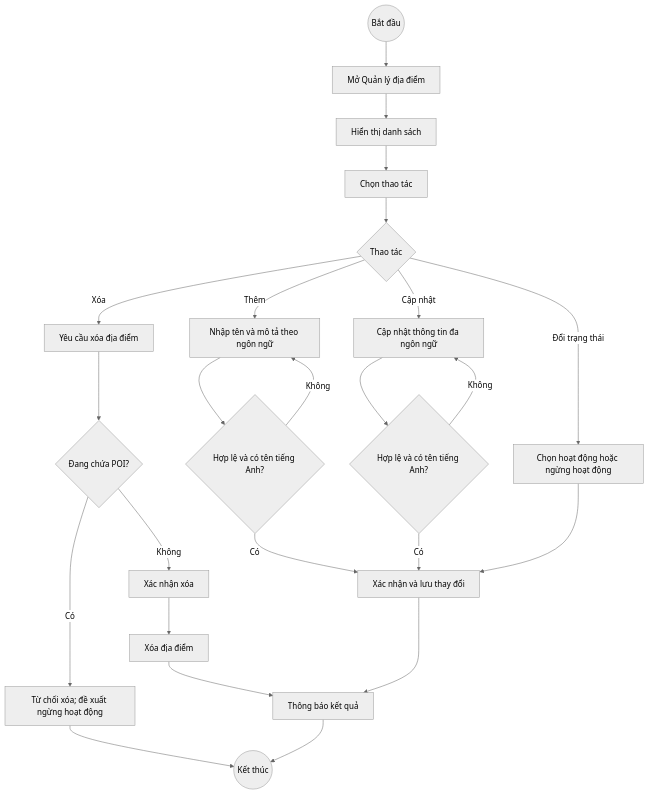
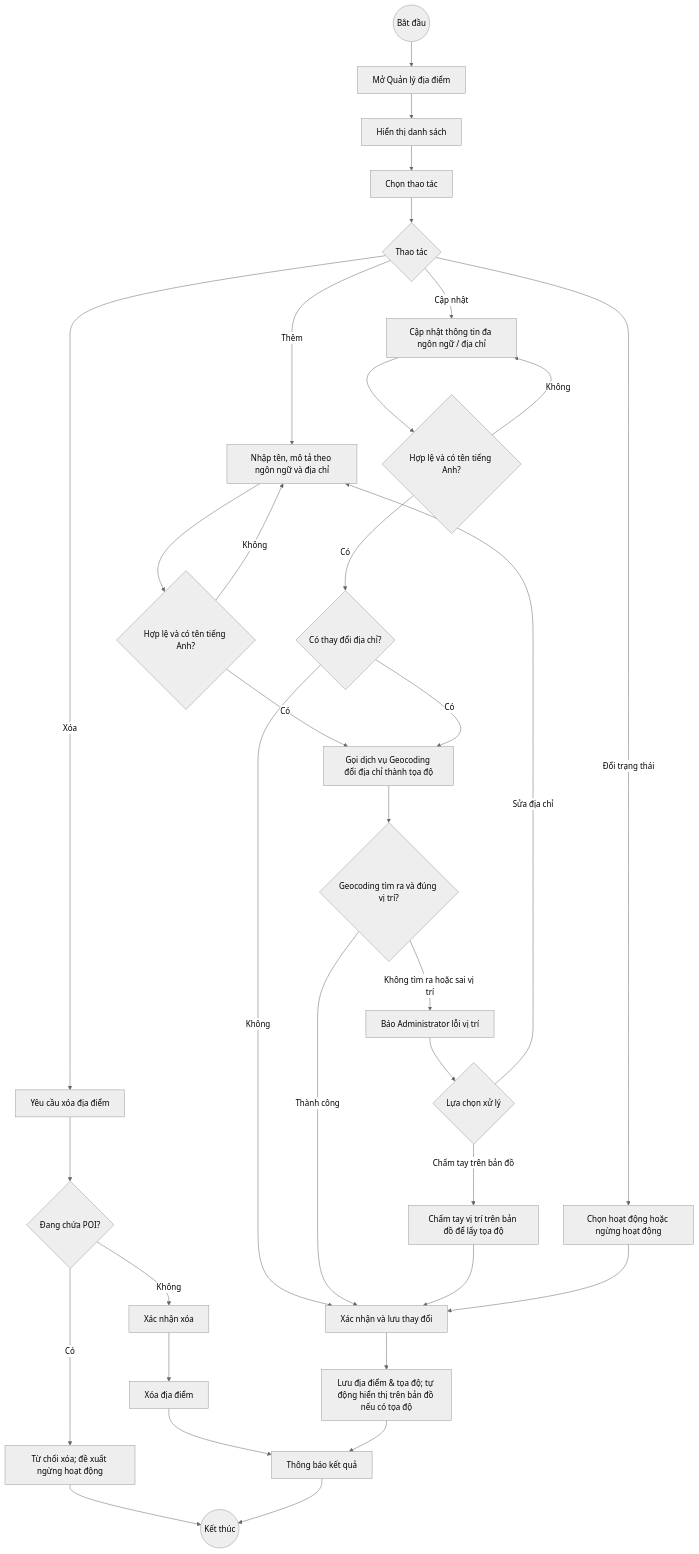
Before and after one commit to Ren4g/Seminar: the seventh of 35 diagrams in docs/03_activity_diagram.md, drawn with Mermaid (neutral theme). The commit also changed other lines of this file and 12 other files, not shown here.

````diff
--- a/docs/03_activity_diagram.md
+++ b/docs/03_activity_diagram.md
@@ -145,23 +145,31 @@
 ```mermaid
 flowchart TD
  S((Bắt đầu)) --> A[Mở Quản lý địa điểm]
  A --> B[Hiển thị danh sách]
  B --> C[Chọn thao tác]
  C --> D{Thao tác}
- D -- Thêm --> E[Nhập tên và mô tả theo ngôn ngữ]
- D -- Cập nhật --> F[Cập nhật thông tin đa ngôn ngữ]
+ D -- Thêm --> E[Nhập tên, mô tả theo ngôn ngữ và địa chỉ]
+ D -- Cập nhật --> F[Cập nhật thông tin đa ngôn ngữ / địa chỉ]
  D -- Đổi trạng thái --> H[Chọn hoạt động hoặc ngừng hoạt động]
  D -- Xóa --> G[Yêu cầu xóa địa điểm]
  E --> I{Hợp lệ và có tên tiếng Anh?}
  I -- Không --> E
- I -- Có --> Q[Xác nhận và lưu thay đổi]
+ I -- Có --> GC[Gọi dịch vụ Geocoding đổi địa chỉ thành tọa độ]
  F --> I2{Hợp lệ và có tên tiếng Anh?}
  I2 -- Không --> F
- I2 -- Có --> Q
+ I2 -- Có --> CHK_ADDR{Có thay đổi địa chỉ?}
+ CHK_ADDR -- Có --> GC
+ CHK_ADDR -- Không --> Q[Xác nhận và lưu thay đổi]
+ GC --> RES{Geocoding tìm ra và đúng vị trí?}
+ RES -- Thành công --> Q
+ RES -- Không tìm ra hoặc sai vị trí --> WARN[Báo Administrator lỗi vị trí]
+ WARN --> FIX{Lựa chọn xử lý}
+ FIX -- Sửa địa chỉ --> E
+ FIX -- Chấm tay trên bản đồ --> PIN[Chấm tay vị trí trên bản đồ để lấy tọa độ] --> Q
  H --> Q
  G --> J{Đang chứa POI?}
  J -- Có --> K[Từ chối xóa; đề xuất ngừng hoạt động] --> Z((Kết thúc))
  J -- Không --> L[Xác nhận xóa] --> M[Xóa địa điểm] --> N[Thông báo kết quả]
- Q --> N
+ Q --> AUTO[Lưu địa điểm & tọa độ; tự động hiển thị trên bản đồ nếu có tọa độ] --> N
  N --> Z
 ```
````
